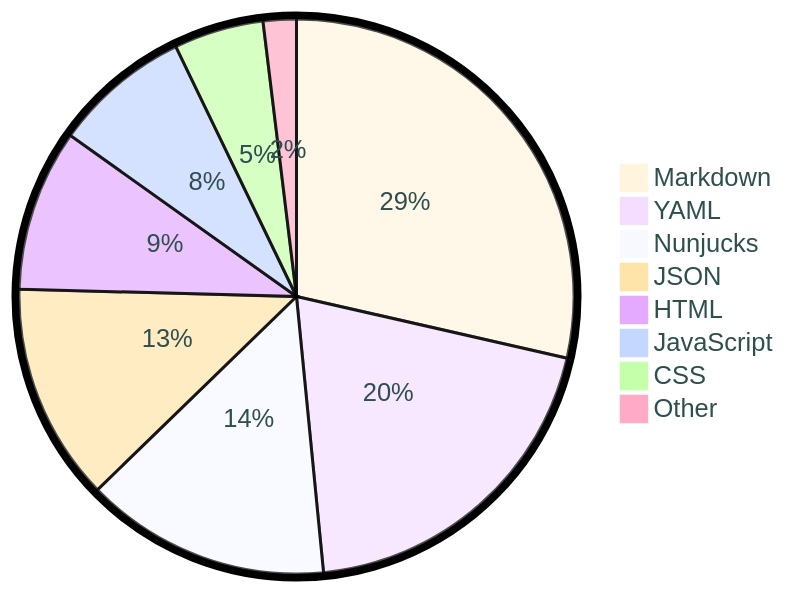
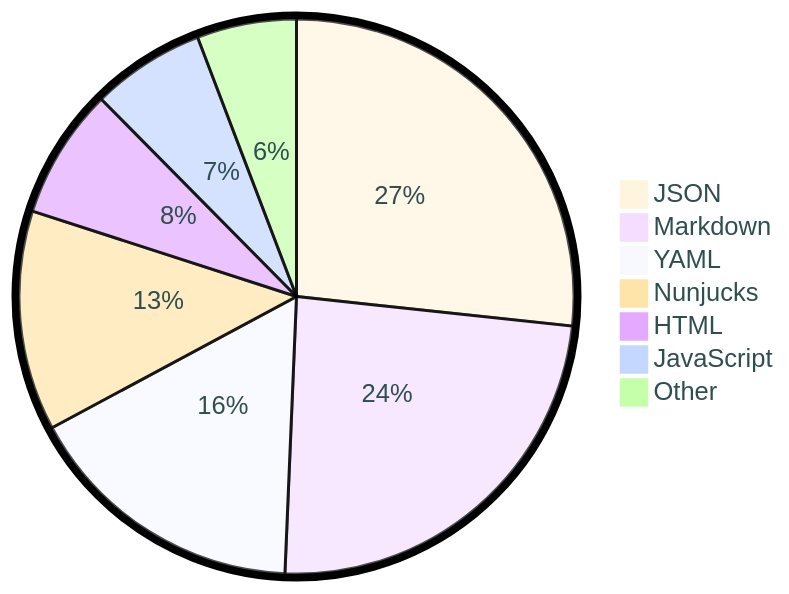
The diagram in README.md (tot0p/tot0p), drawn with Mermaid before and after one commit. The commit also changed other lines of this file, not shown here.

````diff
--- a/README.md
+++ b/README.md
@@ -121,12 +121,11 @@
 ```mermaid
 %%{init: {"pie": {"textPosition": 0.5}, "themeVariables": {"pieOuterStrokeWidth": "5px","primaryTextColor" : "#2F4F4F"},"theme":"base"} }%%
 pie
-	"Markdown": 28.57
-	"YAML": 19.88
-	"Nunjucks": 14.29
-	"JSON": 12.69
-	"HTML": 9.43
-	"JavaScript": 7.99
-	"CSS": 5.23
-	"Other": 1.93
+	"JSON": 26.7
+	"Markdown": 23.96
+	"YAML": 16.49
+	"Nunjucks": 12.82
+	"HTML": 7.61
+	"JavaScript": 6.61
+	"Other": 5.8
 ```
````
